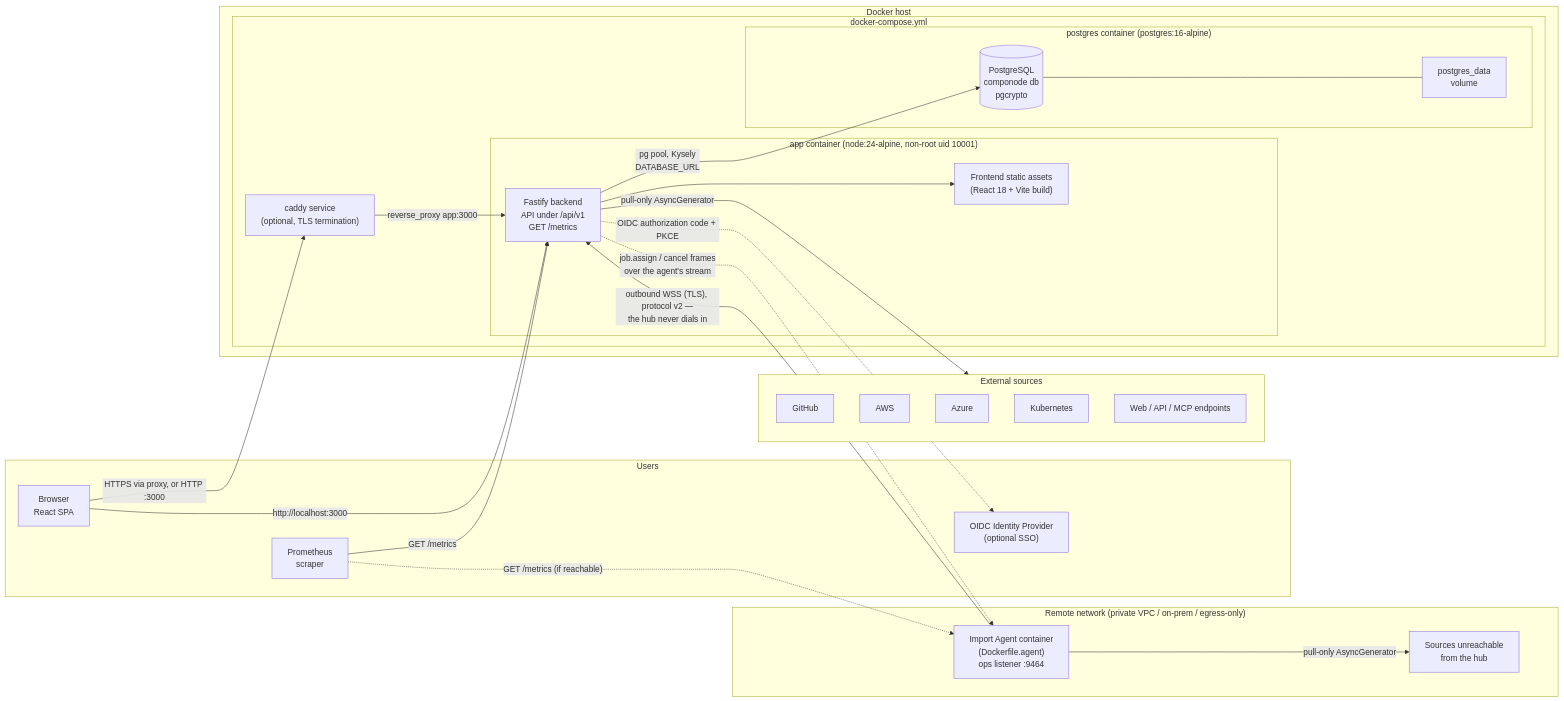
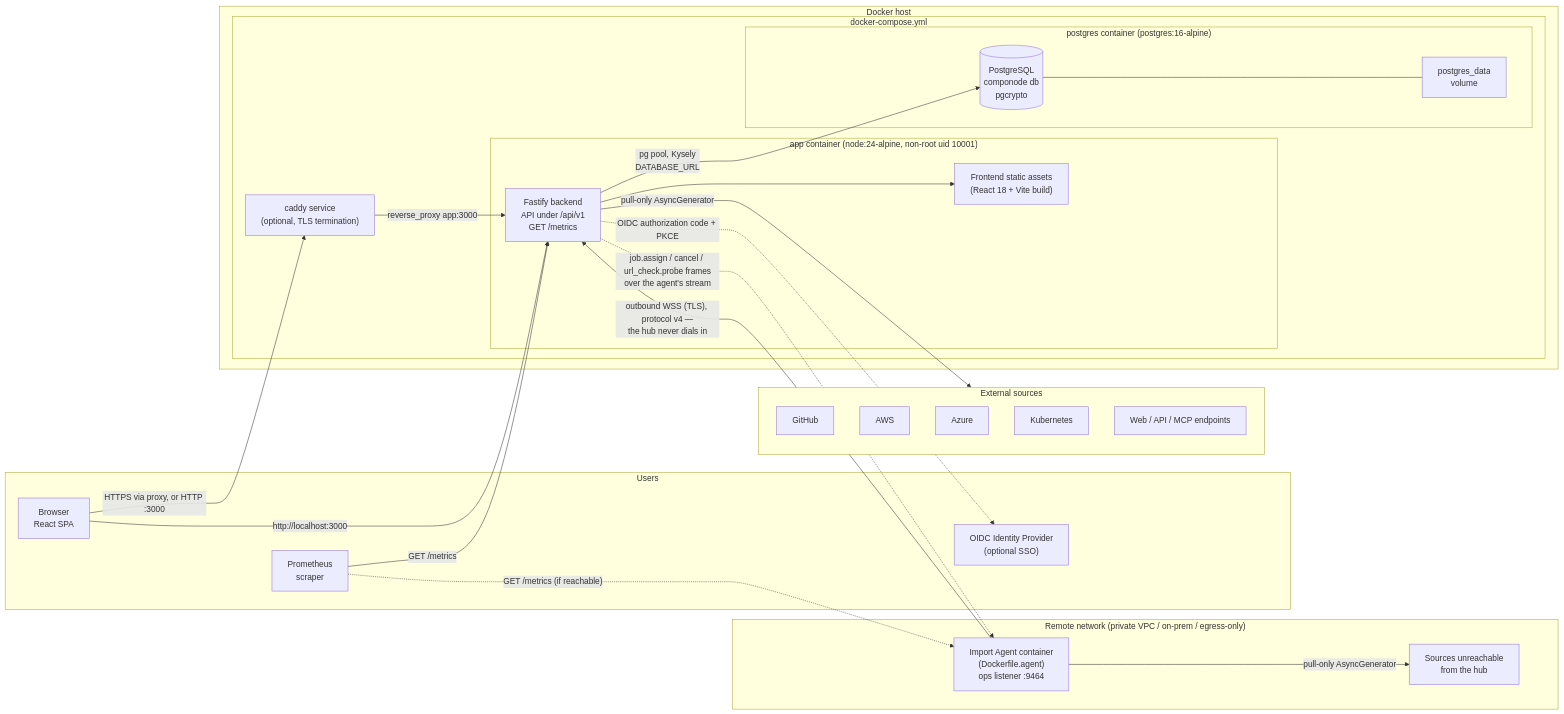
One commit to Componode/componode changed the first of 8 diagrams in docs/architecture.md. Above: the diagram before and after it, drawn with Mermaid. The commit also changed other lines of this file and 86 other files, not shown here.

First line of the commit message:
feat(monitoring): URL Check monitoring — per-ComponentInstance HTTP(S) checks (spec 051)

````diff
--- a/docs/architecture.md
+++ b/docs/architecture.md
@@ -15,49 +15,49 @@
 ```mermaid
 flowchart LR
     subgraph Users["Users"]
         Browser["Browser<br/>React SPA"]
         Prom["Prometheus<br/>scraper"]
         IdP["OIDC Identity Provider<br/>(optional SSO)"]
     end
 
     subgraph Host["Docker host"]
         subgraph Compose["docker-compose.yml"]
             subgraph AppC["app container (node:24-alpine, non-root uid 10001)"]
                 FE["Frontend static assets<br/>(React 18 + Vite build)"]
                 API["Fastify backend<br/>API under /api/v1<br/>GET /metrics"]
             end
             subgraph PgC["postgres container (postgres:16-alpine)"]
                 DB[("PostgreSQL<br/>componode db<br/>pgcrypto")]
                 VOL["postgres_data<br/>volume"]
             end
             Caddy["caddy service<br/>(optional, TLS termination)"]
         end
     end
 
     subgraph Sources["External sources"]
         GH["GitHub"]
         AWS["AWS"]
         AZ["Azure"]
         K8s["Kubernetes"]
         Web["Web / API / MCP endpoints"]
     end
 
     subgraph Remote["Remote network (private VPC / on-prem / egress-only)"]
         Agent["Import Agent container<br/>(Dockerfile.agent)<br/>ops listener :9464"]
         RSrc["Sources unreachable<br/>from the hub"]
     end
 
     Browser -->|"HTTPS via proxy, or HTTP :3000"| Caddy
     Caddy -->|"reverse_proxy app:3000"| API
     Browser -->|"http://localhost:3000"| API
     API --> FE
     API -->|"pg pool, Kysely<br/>DATABASE_URL"| DB
     DB --- VOL
     API -->|"pull-only AsyncGenerator"| Sources
     API -.->|"OIDC authorization code + PKCE"| IdP
     Prom -->|"GET /metrics"| API
-    Agent -->|"outbound WSS (TLS), protocol v2 —<br/>the hub never dials in"| API
-    API -.->|"job.assign / cancel frames<br/>over the agent's stream"| Agent
+    Agent -->|"outbound WSS (TLS), protocol v4 —<br/>the hub never dials in"| API
+    API -.->|"job.assign / cancel / url_check.probe frames<br/>over the agent's stream"| Agent
     Agent -->|"pull-only AsyncGenerator"| RSrc
     Prom -.->|"GET /metrics (if reachable)"| Agent
 ```
````
